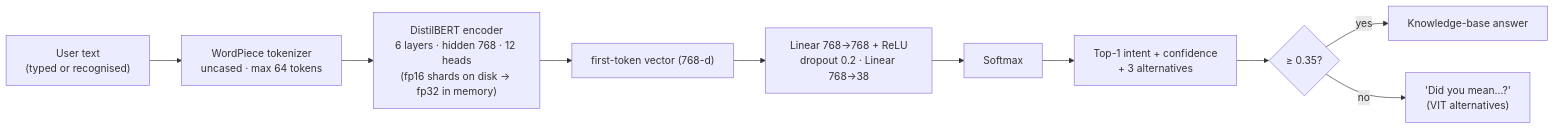
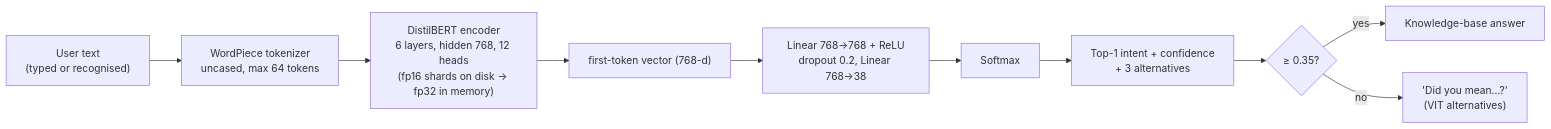
The diagram in docs/04-model-development.md (js0nnn/VITmate), drawn with Mermaid before and after one commit. The commit also changed other lines of this file and 31 other files, not shown here.

````diff
--- a/docs/04-model-development.md
+++ b/docs/04-model-development.md
@@ -14,13 +14,13 @@
 ```mermaid
 %% file: ml-inference-pipeline
 flowchart LR
-    Q["User text<br/>(typed or recognised)"] --> TOK["WordPiece tokenizer<br/>uncased · max 64 tokens"]
-    TOK --> ENC["DistilBERT encoder<br/>6 layers · hidden 768 · 12 heads<br/>(fp16 shards on disk → fp32 in memory)"]
+    Q["User text<br/>(typed or recognised)"] --> TOK["WordPiece tokenizer<br/>uncased, max 64 tokens"]
+    TOK --> ENC["DistilBERT encoder<br/>6 layers, hidden 768, 12 heads<br/>(fp16 shards on disk → fp32 in memory)"]
     ENC --> CLS["first-token vector (768-d)"]
-    CLS --> LIN["Linear 768→768 + ReLU<br/>dropout 0.2 · Linear 768→38"]
+    CLS --> LIN["Linear 768→768 + ReLU<br/>dropout 0.2, Linear 768→38"]
     LIN --> SM["Softmax"]
     SM --> TOP["Top-1 intent + confidence<br/>+ 3 alternatives"]
     TOP --> TH{"≥ 0.35?"}
     TH -- yes --> ANS["Knowledge-base answer"]
     TH -- no --> DYM["'Did you mean…?'<br/>(VIT alternatives)"]
 ```
````
